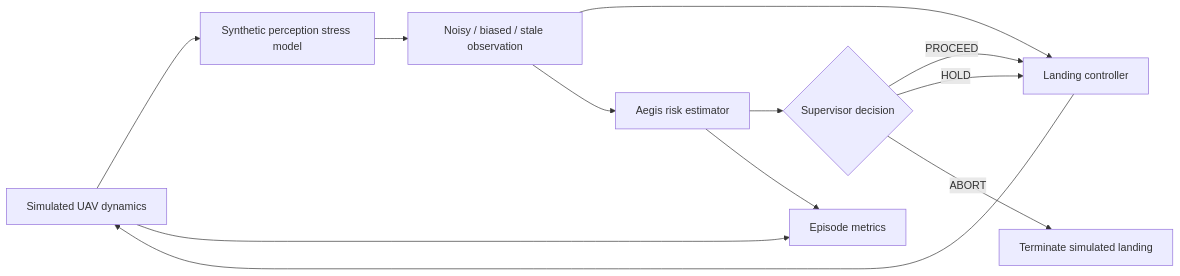
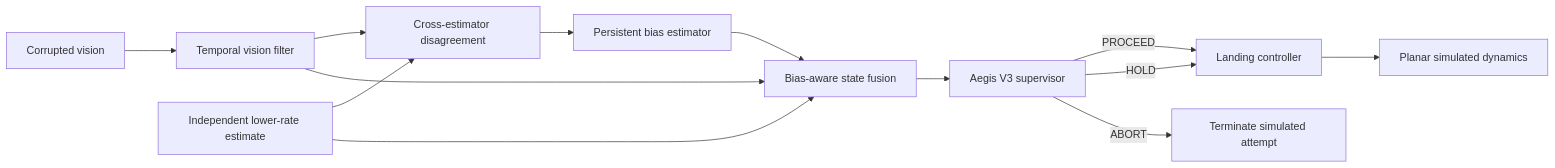
The diagram in README.md (suhaslord/uav-safety-research), drawn with Mermaid before and after one commit. The commit also changed other lines of this file, not shown here.

````diff
--- a/README.md
+++ b/README.md
@@ -42,14 +66,15 @@
 ```mermaid
 flowchart LR
-    GT["Simulated UAV dynamics"] --> S["Synthetic perception stress model"]
-    S --> O["Noisy / biased / stale observation"]
-    O --> C["Landing controller"]
-    O --> R["Aegis risk estimator"]
-    R --> D{"Supervisor decision"}
-    D -->|PROCEED| C
-    D -->|HOLD| C
-    D -->|ABORT| X["Terminate simulated landing"]
-    C --> GT
-    GT --> M["Episode metrics"]
-    R --> M
+    P["Corrupted vision"] --> F["Temporal vision filter"]
+    R["Independent lower-rate estimate"] --> D["Cross-estimator disagreement"]
+    F --> D
+    D --> B["Persistent bias estimator"]
+    B --> U["Bias-aware state fusion"]
+    F --> U
+    R --> U
+    U --> S["Aegis V3 supervisor"]
+    S -->|PROCEED| C["Landing controller"]
+    S -->|HOLD| C
+    S -->|ABORT| X["Terminate simulated attempt"]
+    C --> M["Planar simulated dynamics"]
 ```
````
